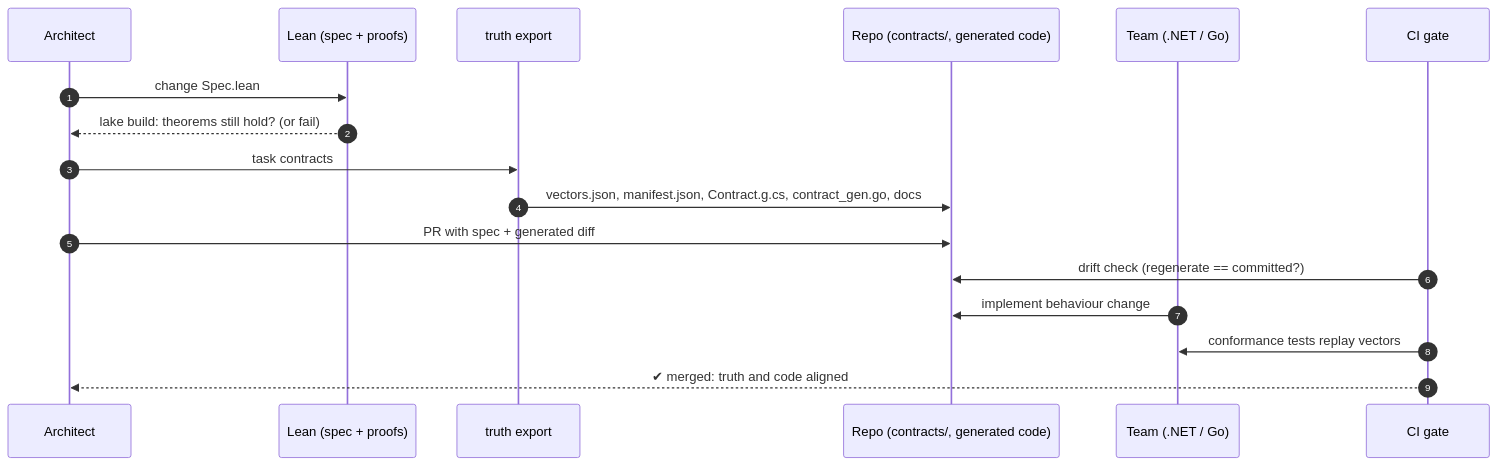
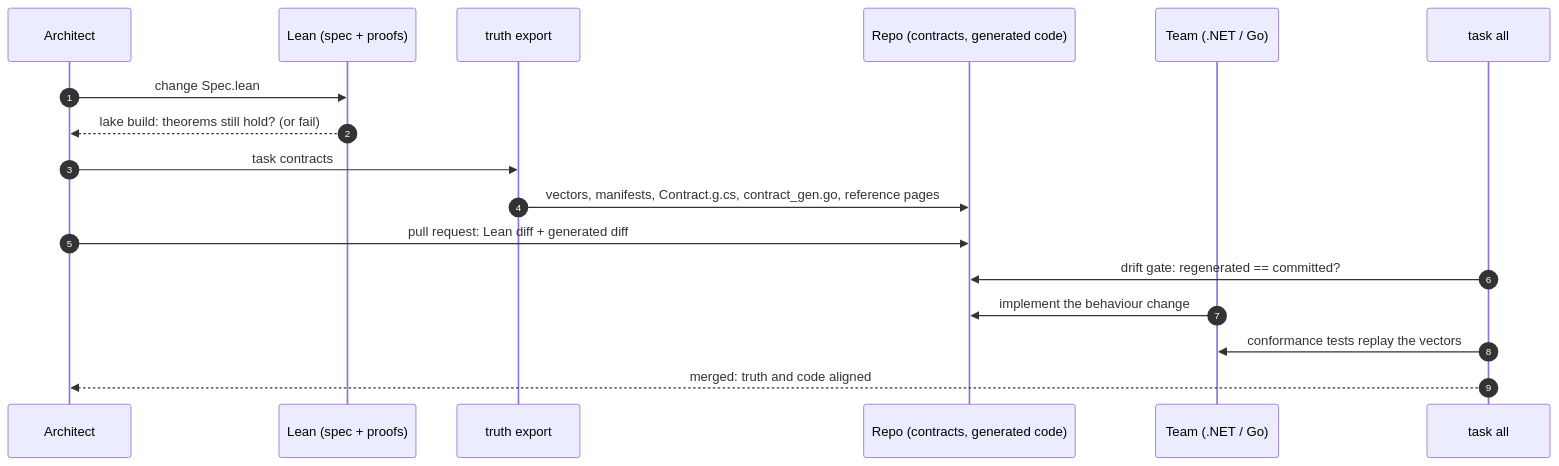
Before and after one commit to miroslav-matejovsky/lean-demo: the diagram in docs/architecture/index.md, drawn with Mermaid. The commit also changed other lines of this file and 103 other files, not shown here.

````diff
--- a/docs/architecture/index.md
+++ b/docs/architecture/index.md
@@ -22,19 +29,19 @@
 ```mermaid
 sequenceDiagram
     autonumber
     participant A as Architect
     participant L as Lean (spec + proofs)
     participant X as truth export
-    participant R as Repo (contracts/, generated code)
+    participant R as Repo (contracts, generated code)
     participant T as Team (.NET / Go)
-    participant CI as CI gate
+    participant CI as task all
     A->>L: change Spec.lean
     L-->>A: lake build: theorems still hold? (or fail)
     A->>X: task contracts
-    X->>R: vectors.json, manifest.json, Contract.g.cs, contract_gen.go, docs
-    A->>R: PR with spec + generated diff
-    CI->>R: drift check (regenerate == committed?)
-    T->>R: implement behaviour change
-    CI->>T: conformance tests replay vectors
-    CI-->>A: ✔ merged: truth and code aligned
+    X->>R: vectors, manifests, Contract.g.cs, contract_gen.go, reference pages
+    A->>R: pull request: Lean diff + generated diff
+    CI->>R: drift gate: regenerated == committed?
+    T->>R: implement the behaviour change
+    CI->>T: conformance tests replay the vectors
+    CI-->>A: merged: truth and code aligned
 ```
````
